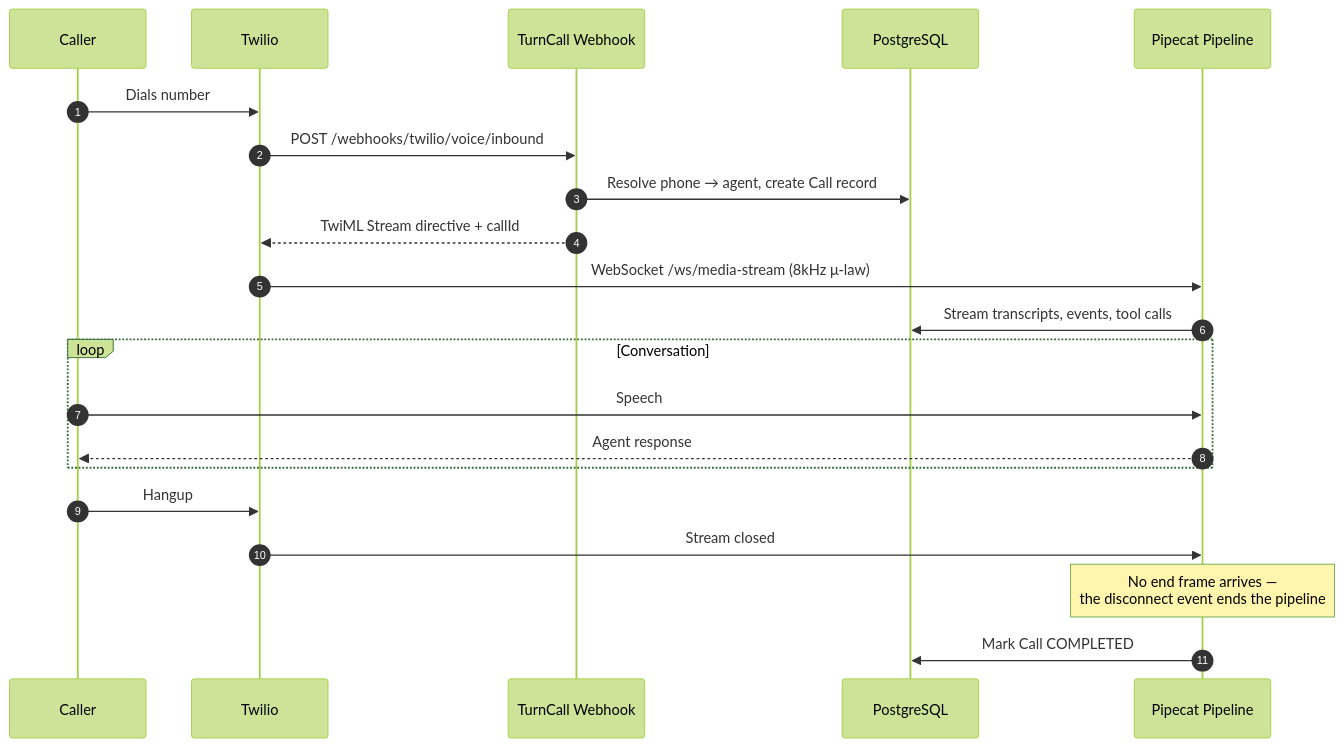
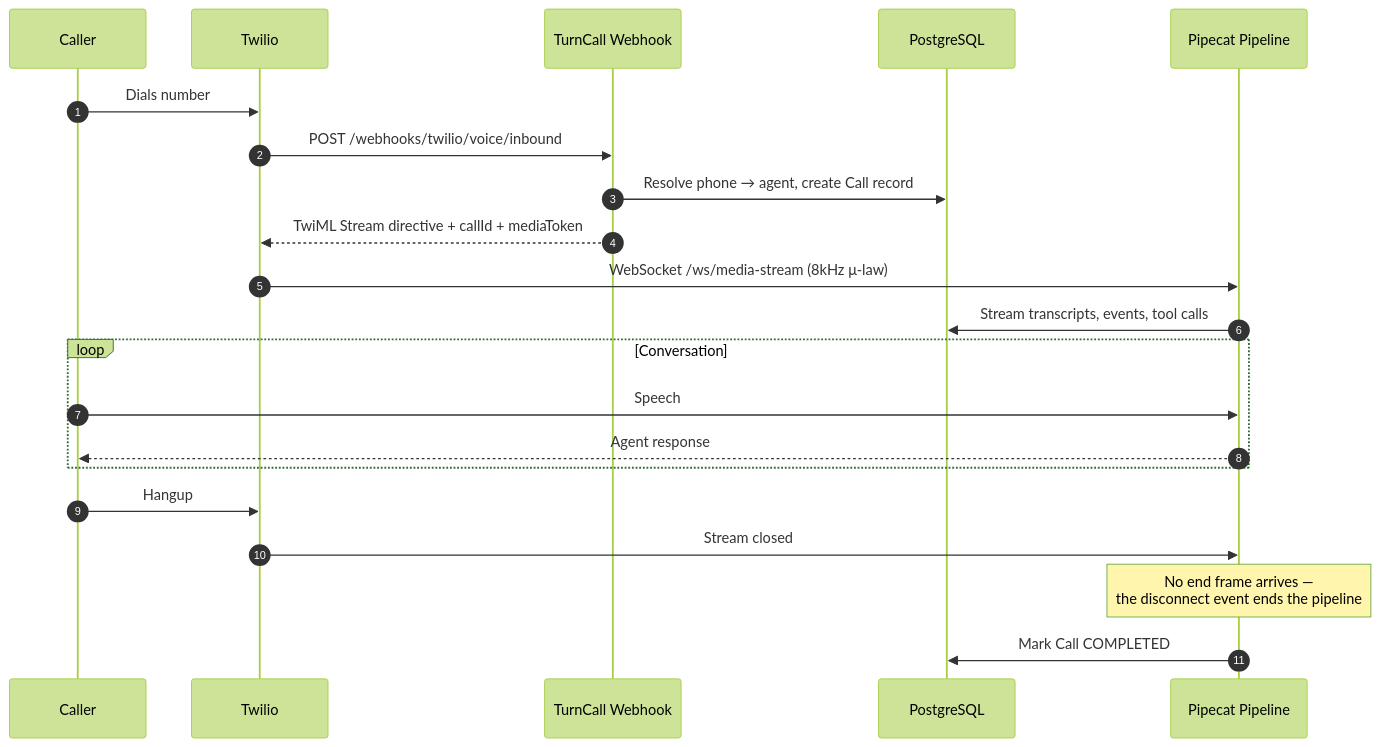
Before and after one commit to kobikis/turncall: the second of 6 diagrams in docs/architecture.mdx, drawn with Mermaid (forest theme). The commit also changed 24 other files, not shown here.

````diff
--- a/docs/architecture.mdx
+++ b/docs/architecture.mdx
@@ -48,24 +48,24 @@
 ```mermaid
 sequenceDiagram
     autonumber
     participant C as Caller
     participant T as Twilio
     participant W as TurnCall Webhook
     participant DB as PostgreSQL
     participant P as Pipecat Pipeline
 
     C->>T: Dials number
     T->>W: POST /webhooks/twilio/voice/inbound
     W->>DB: Resolve phone → agent, create Call record
-    W-->>T: TwiML Stream directive + callId
+    W-->>T: TwiML Stream directive + callId + mediaToken
     T->>P: WebSocket /ws/media-stream (8kHz μ-law)
     P->>DB: Stream transcripts, events, tool calls
     loop Conversation
         C->>P: Speech
         P-->>C: Agent response
     end
     C->>T: Hangup
     T->>P: Stream closed
     Note over P: No end frame arrives —<br/>the disconnect event ends the pipeline
     P->>DB: Mark Call COMPLETED
 ```
````
